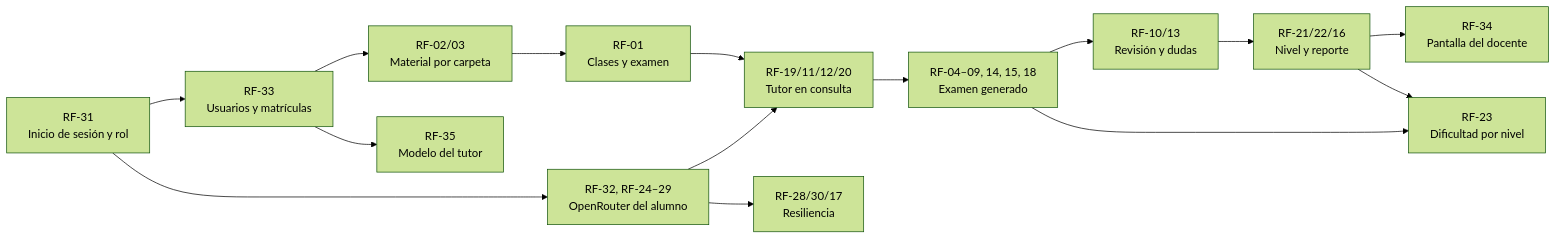
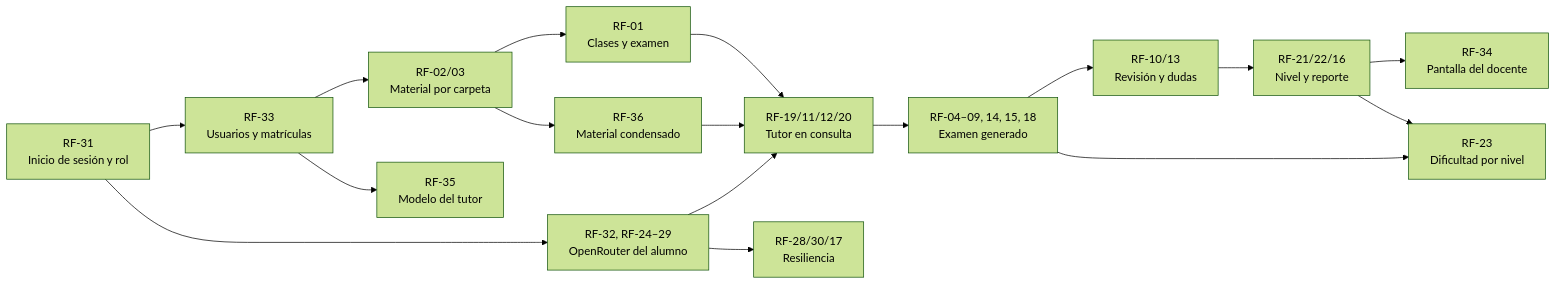
The first of 10 diagrams in specs/SDD-Plataforma-Evaluacion-PreClase.md (hideakiuchida/TutorPre), drawn with Mermaid (forest theme) before and after one commit. The commit also changed other lines of this file and 25 other files, not shown here.

First line of the commit message:
Material condensado por IA con la cuenta del profesor (RF-36)

````diff
--- a/specs/SDD-Plataforma-Evaluacion-PreClase.md
+++ b/specs/SDD-Plataforma-Evaluacion-PreClase.md
@@ -103,17 +104,19 @@
 ```mermaid
 flowchart LR
     RF31["RF-31<br/>Inicio de sesión y rol"] --> RF33["RF-33<br/>Usuarios y matrículas"]
     RF33 --> RF02["RF-02/03<br/>Material por carpeta"]
     RF02 --> RF01["RF-01<br/>Clases y examen"]
     RF31 --> RF32["RF-32, RF-24–29<br/>OpenRouter del alumno"]
     RF01 --> RF19["RF-19/11/12/20<br/>Tutor en consulta"]
     RF32 --> RF19
     RF19 --> RF04["RF-04–09, 14, 15, 18<br/>Examen generado"]
     RF04 --> RF10["RF-10/13<br/>Revisión y dudas"]
     RF10 --> RF21["RF-21/22/16<br/>Nivel y reporte"]
     RF21 --> RF34["RF-34<br/>Pantalla del docente"]
     RF04 --> RF23["RF-23<br/>Dificultad por nivel"]
     RF21 --> RF23
     RF32 --> RF28["RF-28/30/17<br/>Resiliencia"]
     RF33 --> RF35["RF-35<br/>Modelo del tutor"]
+    RF02 --> RF36["RF-36<br/>Material condensado"]
+    RF36 --> RF19
 ```
````
